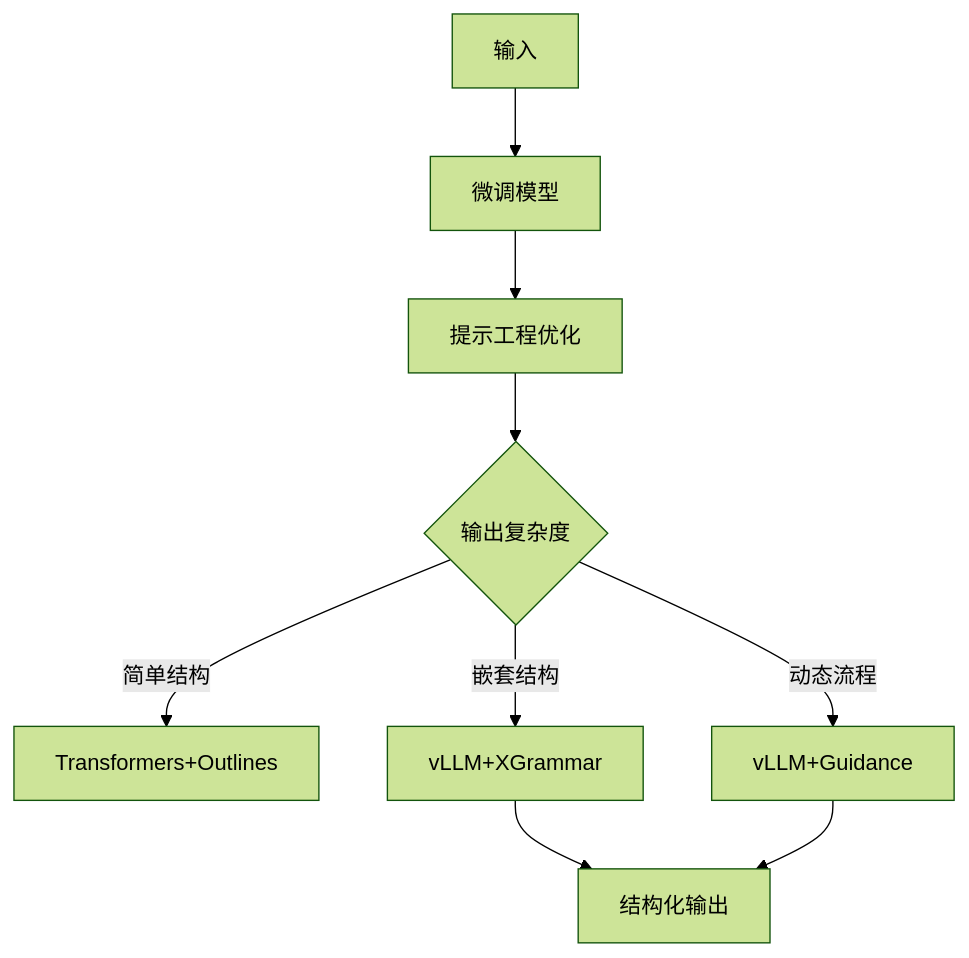
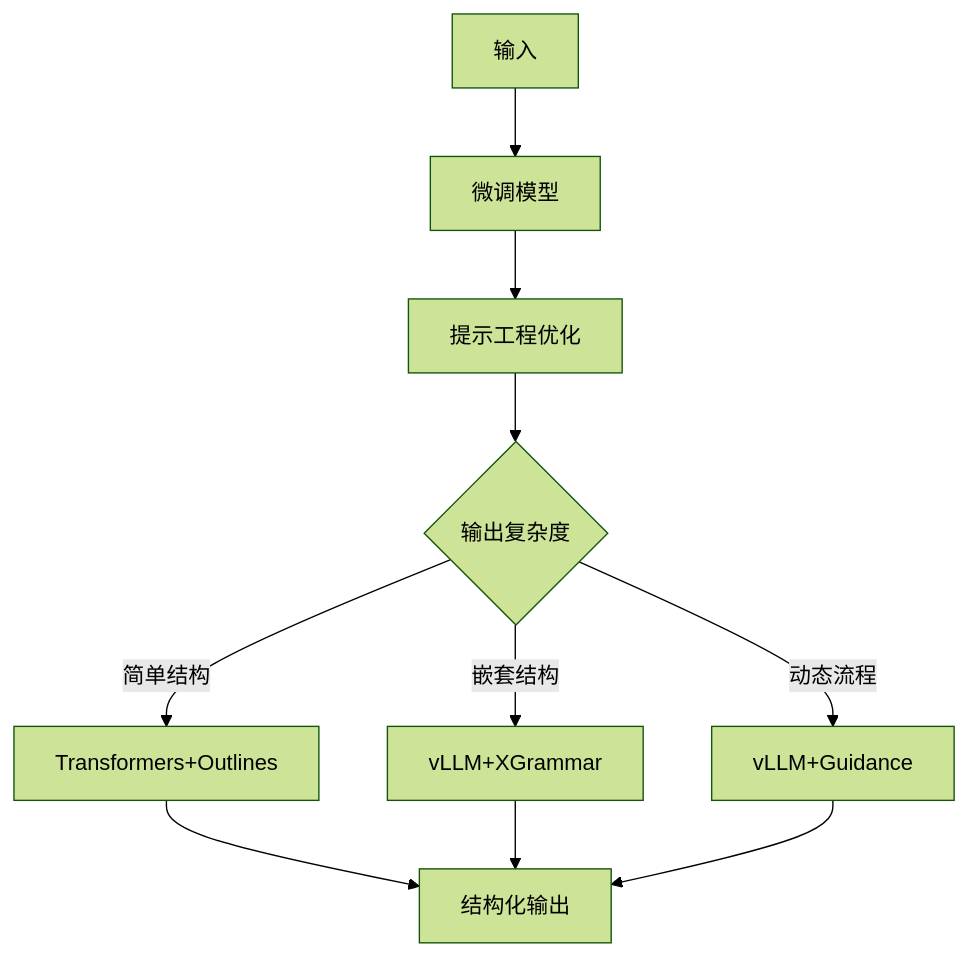
One commit to Gusen1453/Gusen1453.github.io changed the first of 2 diagrams in _posts/2025-05-03-constrained-decoding.md. Above: the diagram before and after it, drawn with Mermaid (forest theme). The commit also changed other lines of this file and 1 other file, not shown here.

Commit message:
Debug Mermaid

````diff
--- a/_posts/2025-05-03-constrained-decoding.md
+++ b/_posts/2025-05-03-constrained-decoding.md
@@ -44,10 +44,12 @@
 ```mermaid
 graph TD
-    A["输入"] --> B["微调模型"]
-    B --> C["提示工程优化"]
-    C --> D{"输出复杂度"}
-    D -->|"简单结构"| E["Transformers+Outlines"]
-    D -->|"嵌套结构"| F["vLLM+XGrammar"]
-    D -->|"动态流程"| G["vLLM+Guidance"]
-    F & G --> H["结构化输出"]
+    A[输入] --> B[微调模型]
+    B --> C[提示工程优化]
+    C --> D{输出复杂度}
+    D -->|简单结构| E[Transformers+Outlines]
+    D -->|嵌套结构| F[vLLM+XGrammar]
+    D -->|动态流程| G[vLLM+Guidance]
+    E --> H[结构化输出]
+    F --> H
+    G --> H
 ```
````
